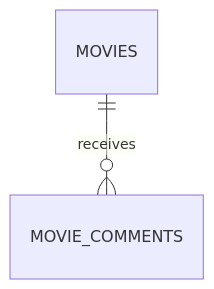
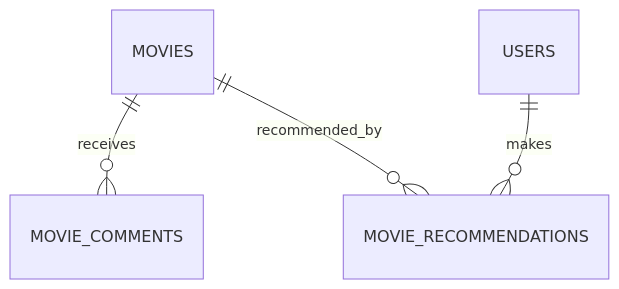
One commit to skyglass/movie-stream-workshop changed the second of 2 diagrams in docs/capabilities/movie-catalog/entity_model.md. Above: the diagram before and after it, drawn with Mermaid. The commit also changed other lines of this file and 44 other files, not shown here.

````diff
--- a/docs/capabilities/movie-catalog/entity_model.md
+++ b/docs/capabilities/movie-catalog/entity_model.md
@@ -32,4 +38,6 @@
 ```mermaid
 erDiagram
     MOVIES ||--o{ MOVIE_COMMENTS : receives
+    MOVIES ||--o{ MOVIE_RECOMMENDATIONS : recommended_by
+    USERS ||--o{ MOVIE_RECOMMENDATIONS : makes
 ```
````
